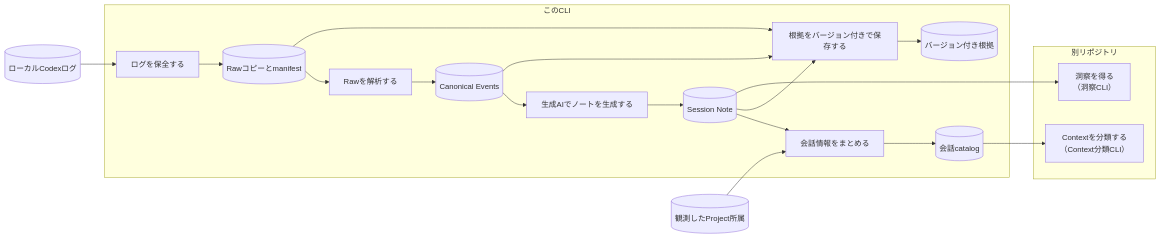
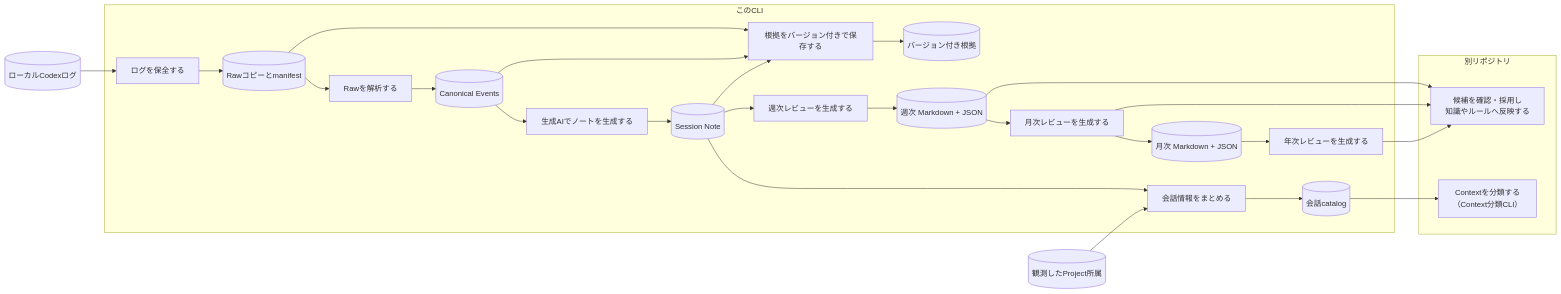
The first of 2 diagrams in README.md (tuckn/tkn_codex_chat_note_pipeline), drawn with Mermaid before and after one commit. The commit also changed other lines of this file and 24 other files, not shown here.

````diff
--- a/README.md
+++ b/README.md
@@ -76,30 +75,37 @@
 ```mermaid
 flowchart LR
     L[("ローカルCodexログ")]
     M[("観測したProject所属")]
 
     subgraph PIPELINE["このCLI"]
         COPY["ログを保全する"] --> R[("Rawコピーとmanifest")]
         R --> PARSE["Rawを解析する"]
         PARSE --> E[("Canonical Events")]
         E --> GENERATE["生成AIでノートを生成する"]
         GENERATE --> T[("Session Note")]
         CATALOG["会話情報をまとめる"] --> C[("会話catalog")]
         RECORD["根拠をバージョン付きで保存する"] --> P[("バージョン付き根拠")]
 
         T --> CATALOG
+        T --> REVIEW["週次レビューを生成する"]
+        REVIEW --> W[("週次 Markdown + JSON")]
+        W --> MONTH["月次レビューを生成する"]
+        MONTH --> MONTHLY[("月次 Markdown + JSON")]
+        MONTHLY --> YEAR["年次レビューを生成する"]
         R --> RECORD
         E --> RECORD
         T --> RECORD
     end
 
     subgraph DOWNSTREAM["別リポジトリ"]
         CLASSIFY["Contextを分類する<br/>（Context分類CLI）"]
-        INSIGHT["洞察を得る<br/>（洞察CLI）"]
+        INSIGHT["候補を確認・採用し<br/>知識やルールへ反映する"]
     end
 
     L --> COPY
     M --> CATALOG
     C --> CLASSIFY
-    T --> INSIGHT
+    W --> INSIGHT
+    MONTH --> INSIGHT
+    YEAR --> INSIGHT
 ```
````
